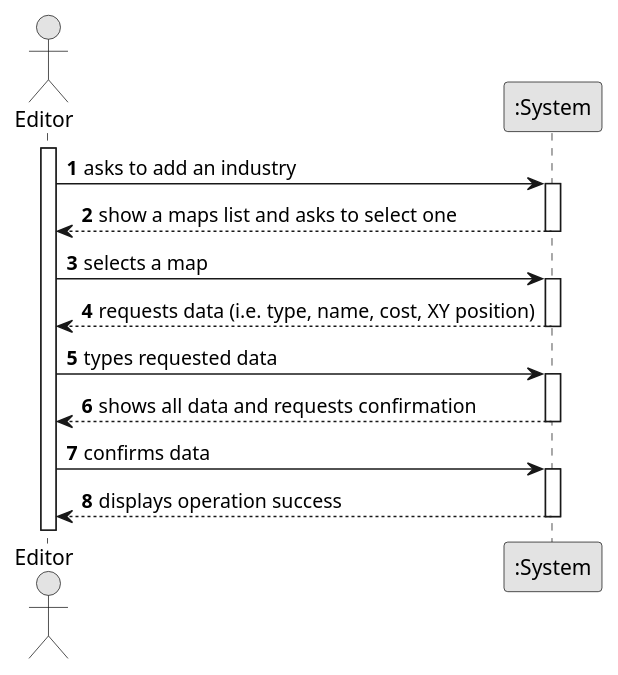
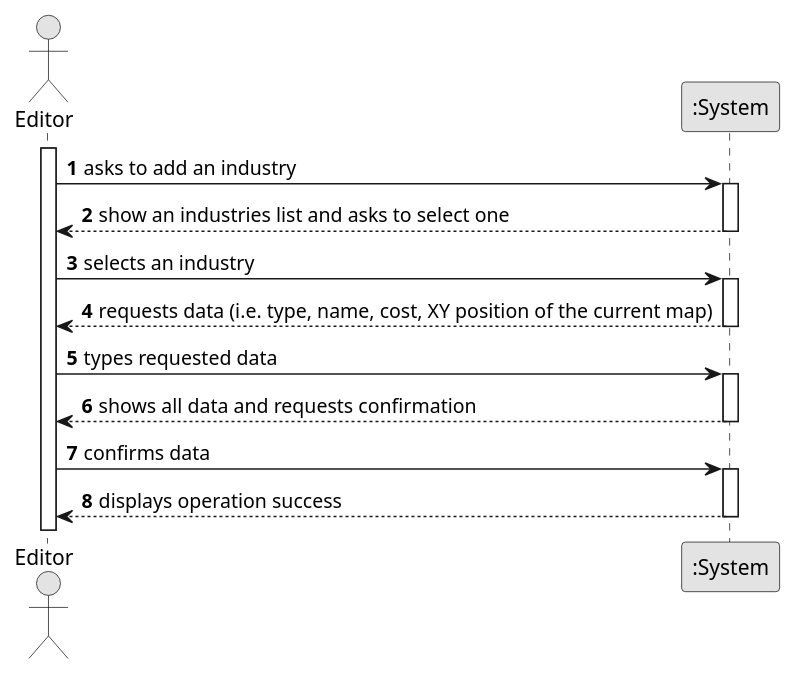
One commit to bruno-monteiro5/sem2-pi-24.25-g132-repo changed the diagram in docs/system-documentation/US002/01.requirements-engineering/puml/US002-SSD.puml. Above: the diagram before and after it, drawn with PlantUML. The commit also changed 4 other files, not shown here.

```diff
--- a/docs/system-documentation/US002/01.requirements-engineering/puml/US002-SSD.puml
+++ b/docs/system-documentation/US002/01.requirements-engineering/puml/US002-SSD.puml
@@ -1,36 +1,36 @@
 @startuml
 skinparam monochrome true
 skinparam packageStyle rectangle
 skinparam shadowing false
 
 autonumber
 
 actor "Editor" as Employee
 participant ":System" as System
 
 activate Employee
 
     Employee -> System : asks to add an industry
     activate System
 
-        System --> Employee : show a maps list and asks to select one
+        System --> Employee : show an industries list and asks to select one
     deactivate System
 
-    Employee -> System :selects a map
+    Employee -> System :selects an industry
     activate System
 
-        System --> Employee : requests data (i.e. type, name, cost, XY position)
+        System --> Employee : requests data (i.e. type, name, cost, XY position of the current map)
     deactivate System
 
     Employee -> System : types requested data
     activate System
 
         System --> Employee : shows all data and requests confirmation
     deactivate System
 
     Employee -> System : confirms data
     activate System
 
         System --> Employee : displays operation success
     deactivate System
 @enduml
```
